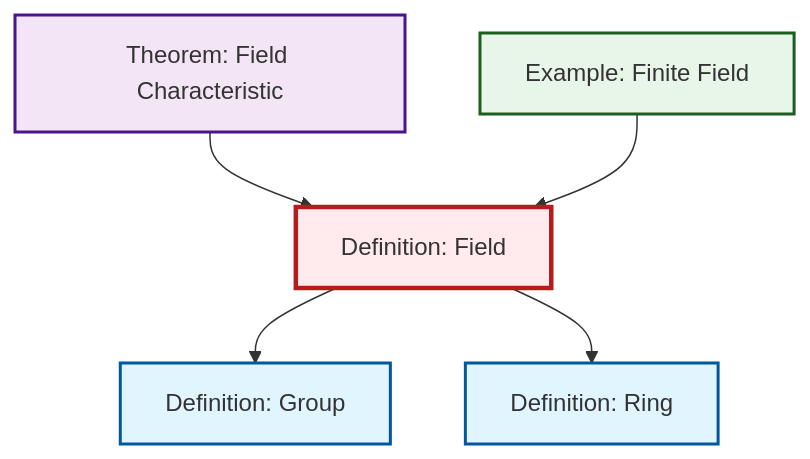
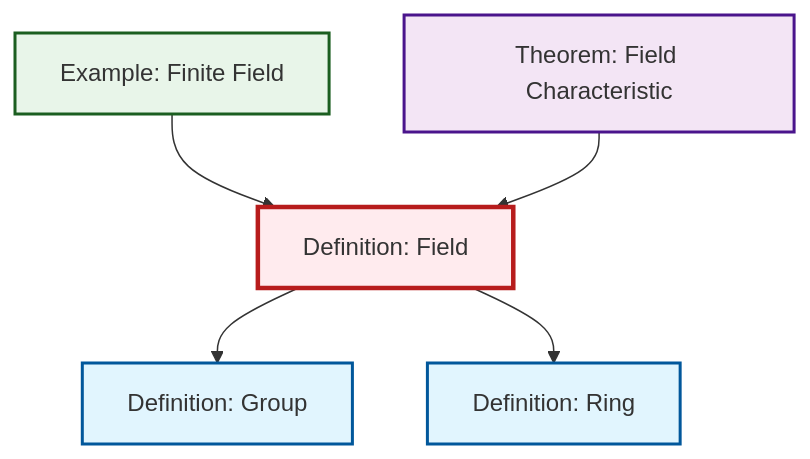
The diagram in content/en/algebra/def-field.qmd (RK0429/ModernMath), drawn with Mermaid before and after one commit. The commit also changed 511 other files, not shown here.

````diff
--- a/content/en/algebra/def-field.qmd
+++ b/content/en/algebra/def-field.qmd
@@ -51,24 +51,19 @@
 ```{mermaid}
 %%| fig-cap: "Local dependency graph"
 graph TD
     classDef definition fill:#e1f5fe,stroke:#01579b,stroke-width:2px
     classDef theorem fill:#f3e5f5,stroke:#4a148c,stroke-width:2px
     classDef axiom fill:#fff3e0,stroke:#e65100,stroke-width:2px
     classDef example fill:#e8f5e9,stroke:#1b5e20,stroke-width:2px
     classDef current fill:#ffebee,stroke:#b71c1c,stroke-width:3px
-    def-group["Definition: Group"]:::definition
-    ex-finite-field["Example: Finite Field"]:::example
+    def-field["Definition: Field"]:::definition
     thm-field-characteristic["Theorem: Field Characteristic"]:::theorem
     def-ring["Definition: Ring"]:::definition
-    def-field["Definition: Field"]:::definition
+    ex-finite-field["Example: Finite Field"]:::example
+    def-group["Definition: Group"]:::definition
     def-field --> def-group
+    ex-finite-field --> def-field
     thm-field-characteristic --> def-field
     def-field --> def-ring
-    ex-finite-field --> def-field
     class def-field current
-
-    click def-group "def-group.html" "Go to Group definition"
-    click ex-finite-field "ex-finite-field.html" "Go to Finite Field example"
-    click thm-field-characteristic "thm-field-characteristic.html" "Go to Field Characteristic theorem"
-    click def-ring "def-ring.html" "Go to Ring definition"
 ```
````
